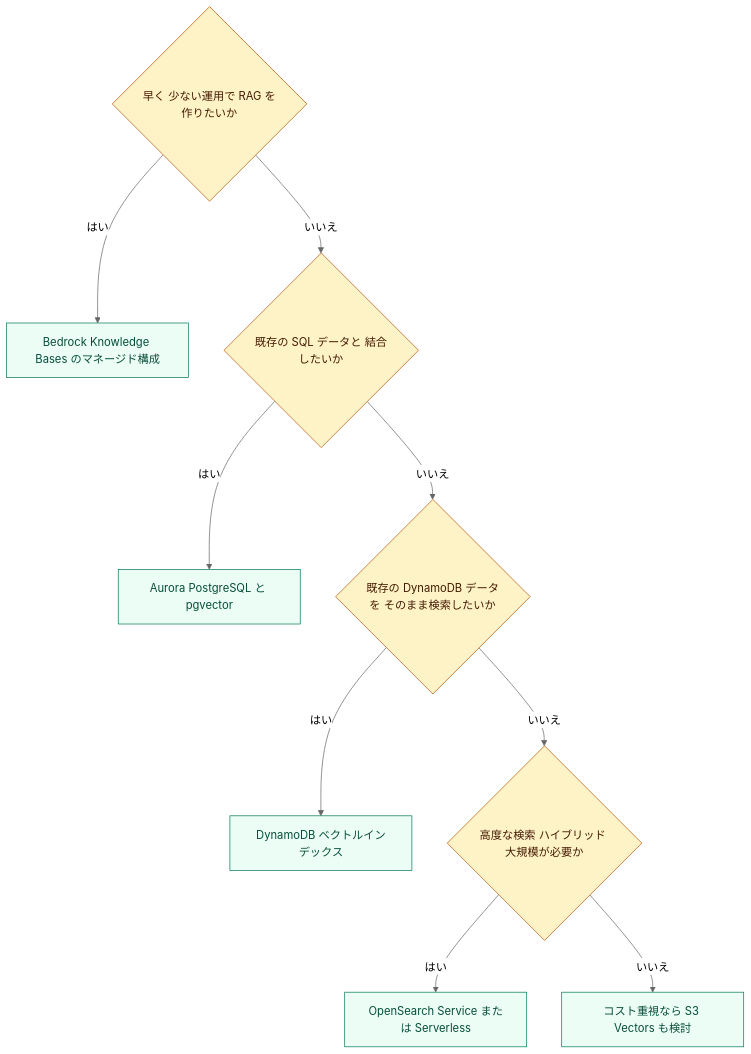
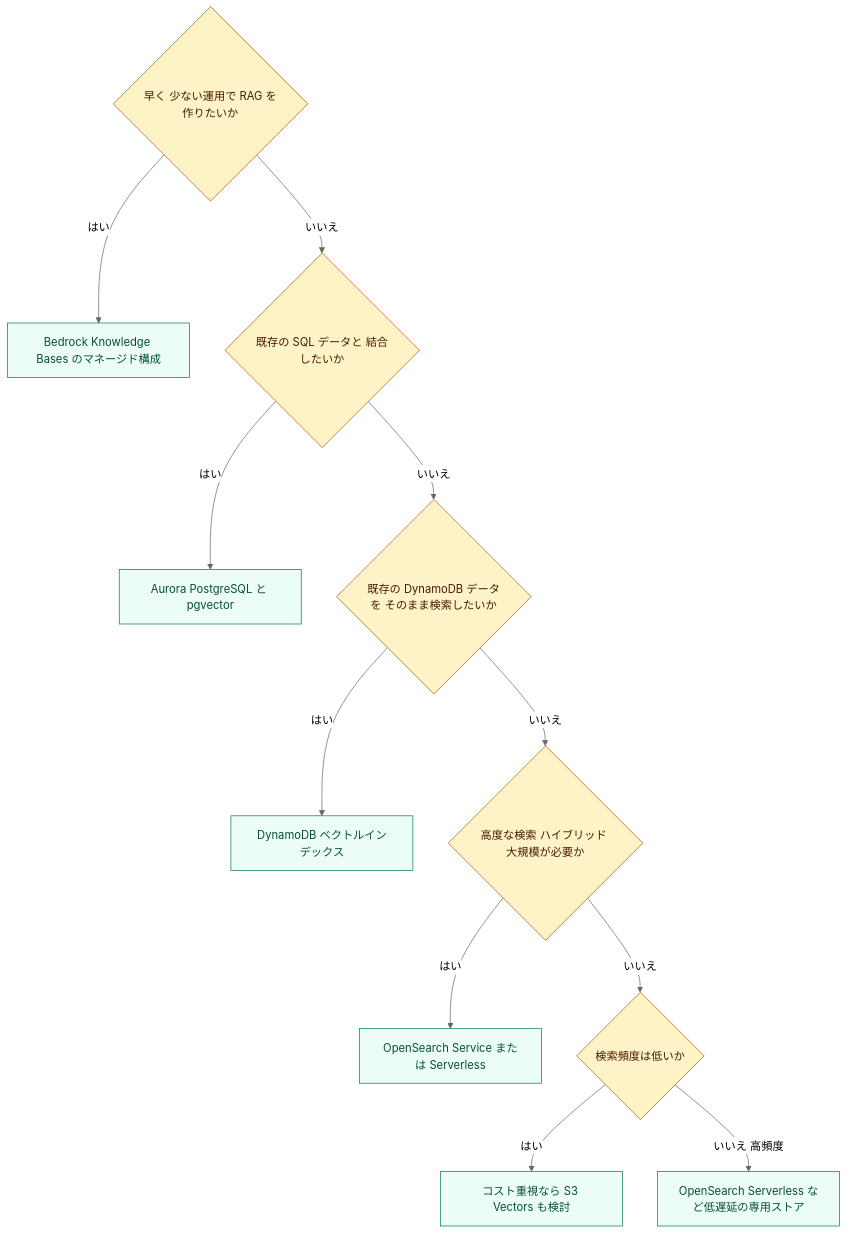
One commit to myoshi2891/Cloud-Infrastructure-and-Network-Studies changed the tenth of 21 diagrams in Aws-aip-c01-domain1-guide.md. Above: the diagram before and after it, drawn with Mermaid (neutral theme).

Commit message:
docs(aws): refine vector store selection flowchart in AIP domain 1 guide

````diff
--- a/Aws-aip-c01-domain1-guide.md
+++ b/Aws-aip-c01-domain1-guide.md
@@ -591,16 +591,18 @@
 ```mermaid
 flowchart TD
     A{"早く 少ない運用で RAG を作りたいか"} -->|"はい"| B["Bedrock Knowledge Bases のマネージド構成"]
     A -->|"いいえ"| C{"既存の SQL データと 結合したいか"}
     C -->|"はい"| D["Aurora PostgreSQL と pgvector"]
     C -->|"いいえ"| H{"既存の DynamoDB データを そのまま検索したいか"}
     H -->|"はい"| I["DynamoDB ベクトルインデックス"]
     H -->|"いいえ"| E{"高度な検索 ハイブリッド 大規模が必要か"}
     E -->|"はい"| F["OpenSearch Service または Serverless"]
-    E -->|"いいえ"| G["コスト重視なら S3 Vectors も検討"]
+    E -->|"いいえ"| G{"検索頻度は低いか"}
+    G -->|"はい"| J["コスト重視なら S3 Vectors も検討"]
+    G -->|"いいえ 高頻度"| K["OpenSearch Serverless など低遅延の専用ストア"]
     classDef box fill:#eef2ff,stroke:#4f46e5,color:#1e1b4b
     classDef hub fill:#fef3c7,stroke:#b45309,color:#451a03
     classDef done fill:#ecfdf5,stroke:#047857,color:#064e3b
-    class A,C,H,E hub
-    class B,D,I,F,G done
+    class A,C,H,E,G hub
+    class B,D,I,F,J,K done
 ```
````
